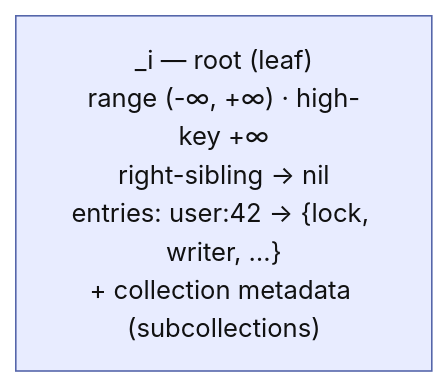
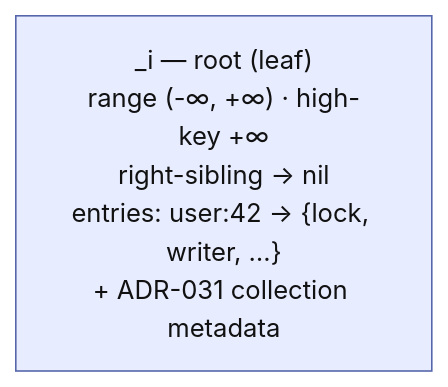
One commit to mbrt/glassdb-rs changed the first of 5 diagrams in docs/designs/dynamic-range-sharding.md. Above: the diagram before and after it, drawn with Mermaid. The commit also changed other lines of this file and 9 other files, not shown here.

````diff
--- a/docs/designs/dynamic-range-sharding.md
+++ b/docs/designs/dynamic-range-sharding.md
@@ -120,7 +125,7 @@
 ```mermaid
 graph TD
-    Root["_i — root (leaf)<br/>range (-∞, +∞) · high-key +∞<br/>right-sibling → nil<br/>entries: user:42 → {lock, writer, …}<br/>+ collection metadata (subcollections)"]
+    Root["_i — root (leaf)<br/>range (-∞, +∞) · high-key +∞<br/>right-sibling → nil<br/>entries: user:42 → {lock, writer, …}<br/>+ ADR-031 collection metadata"]
 
     classDef root fill:#e8ecff,stroke:#5566aa,color:#111
     class Root root
 ```
````
